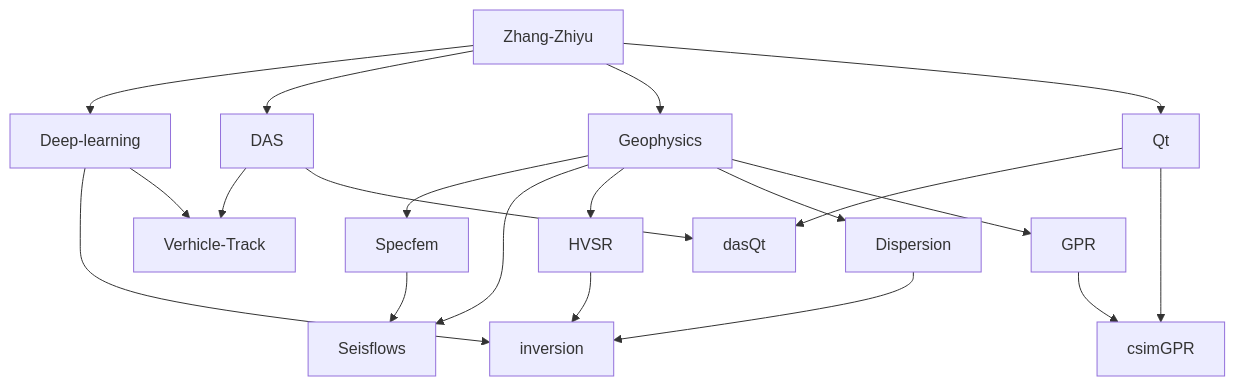
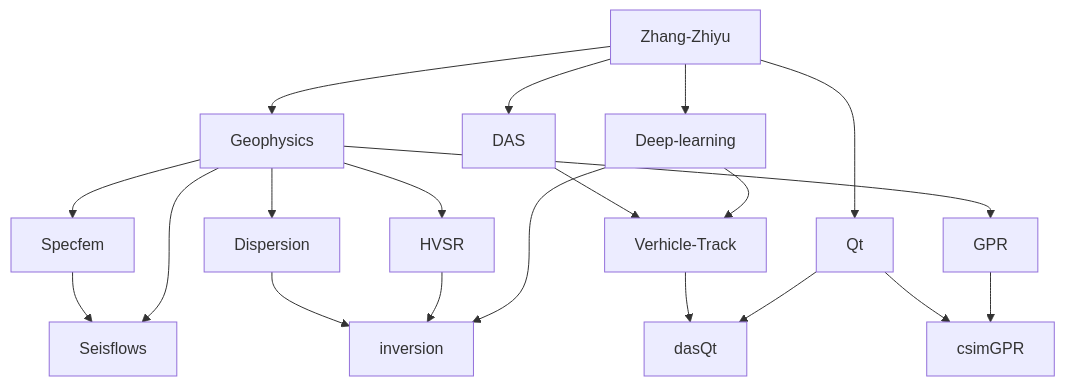
The diagram in Readme.md (erbiaoger/erbiaoger), drawn with Mermaid before and after one commit.

````diff
--- a/Readme.md
+++ b/Readme.md
@@ -25,23 +25,23 @@
 ```mermaid
 graph TD;
     Zhang-Zhiyu-->Deep-learning;
     Zhang-Zhiyu-->DAS;
     Zhang-Zhiyu-->Geophysics;
     Zhang-Zhiyu-->Qt;
     Geophysics-->Specfem;
     Geophysics-->Seisflows;
     Geophysics-->HVSR;
     Geophysics-->Dispersion;
     Geophysics-->GPR;
     Deep-learning-->inversion;
     Deep-learning-->Verhicle-Track;
     DAS-->Verhicle-Track;
     HVSR-->inversion;
     Dispersion-->inversion;
     Specfem-->Seisflows;
     Qt-->dasQt;
-    DAS-->dasQt;
+    Verhicle-Track-->dasQt;
     GPR-->csimGPR;
     Qt-->csimGPR;
 
    ```
````
